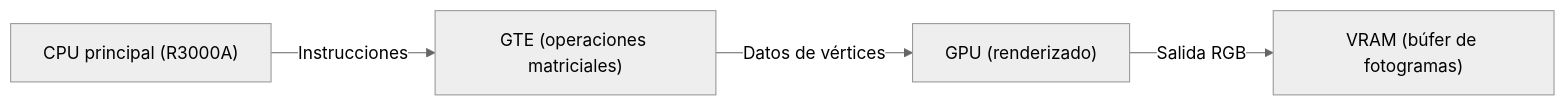
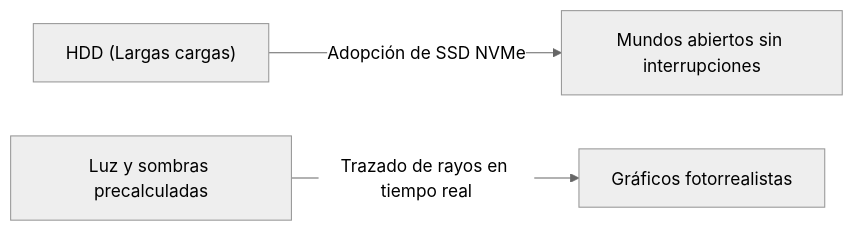
Before and after one commit to kenjinote/blog: the second of 2 diagrams in content/post/history-of-video-game-consoles/index.es.md, drawn with Mermaid (neutral theme). The commit also changed other lines of this file and 129 other files, not shown here.

````diff
--- a/content/post/history-of-video-game-consoles/index.es.md
+++ b/content/post/history-of-video-game-consoles/index.es.md
@@ -79,6 +61,5 @@
 ```mermaid
 graph LR
-    CPU["CPU principal (R3000A)"] -- "Instrucciones" --> GTE["GTE (operaciones matriciales)"]
-    GTE -- "Datos de vértices" --> GPU["GPU (renderizado)"]
-    GPU -- "Salida RGB" --> VRAM["VRAM (búfer de fotogramas)"]
+  A["HDD (Largas cargas)"] -- "Adopción de SSD NVMe" --> B["Mundos abiertos sin interrupciones"]
+  C["Luz y sombras precalculadas"] -- "Trazado de rayos en tiempo real" --> D["Gráficos fotorrealistas"]
 ```
````
